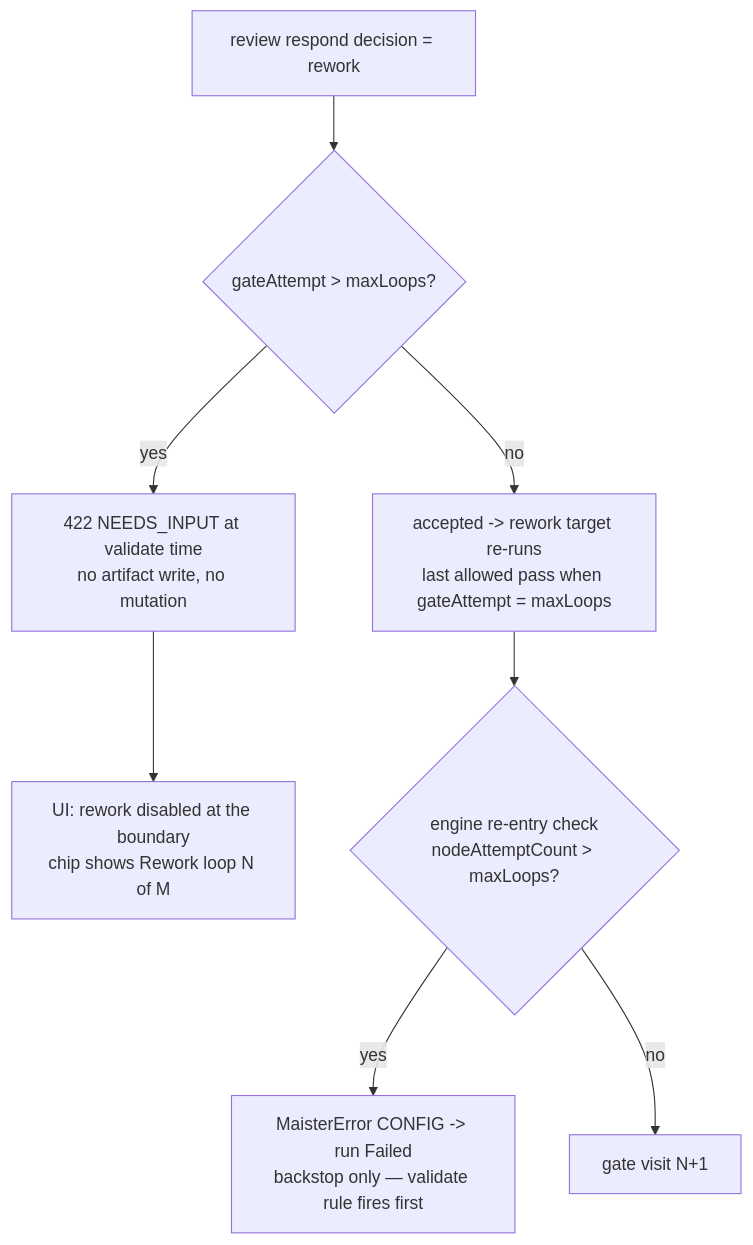
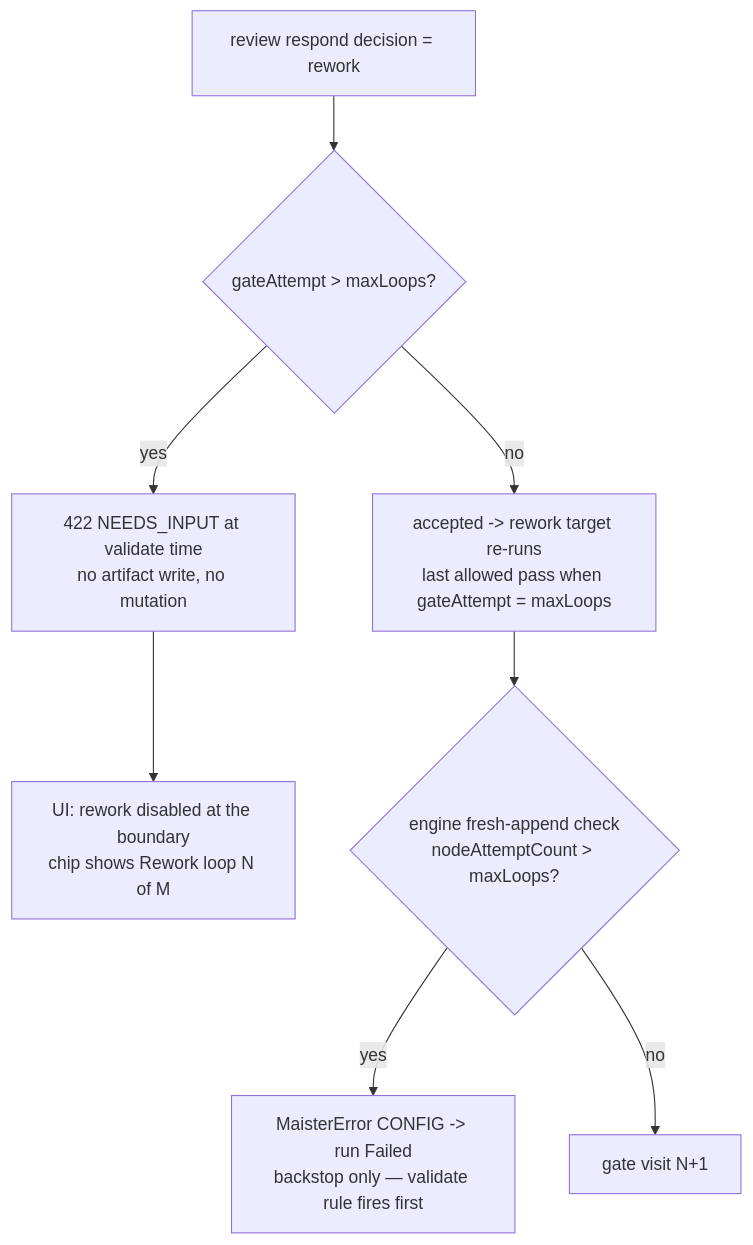
Before and after one commit to maister-dev/maister: the fifth of 5 diagrams in docs/system-analytics/review-comments.md, drawn with Mermaid. The commit also changed other lines of this file and 17 other files, not shown here.

````diff
--- a/docs/system-analytics/review-comments.md
+++ b/docs/system-analytics/review-comments.md
@@ -216,10 +225,10 @@
 ```mermaid
 flowchart TD
     S[review respond decision = rework] --> V{gateAttempt > maxLoops?}
     V -- no --> OK[accepted -> rework target re-runs<br/>last allowed pass when gateAttempt = maxLoops]
     V -- yes --> R[422 NEEDS_INPUT at validate time<br/>no artifact write, no mutation]
     R --> UI[UI: rework disabled at the boundary<br/>chip shows Rework loop N of M]
-    OK --> E{engine re-entry check<br/>nodeAttemptCount > maxLoops?}
+    OK --> E{engine fresh-append check<br/>nodeAttemptCount > maxLoops?}
     E -- yes --> F[MaisterError CONFIG -> run Failed<br/>backstop only — validate rule fires first]
     E -- no --> Next[gate visit N+1]
 ```
````
